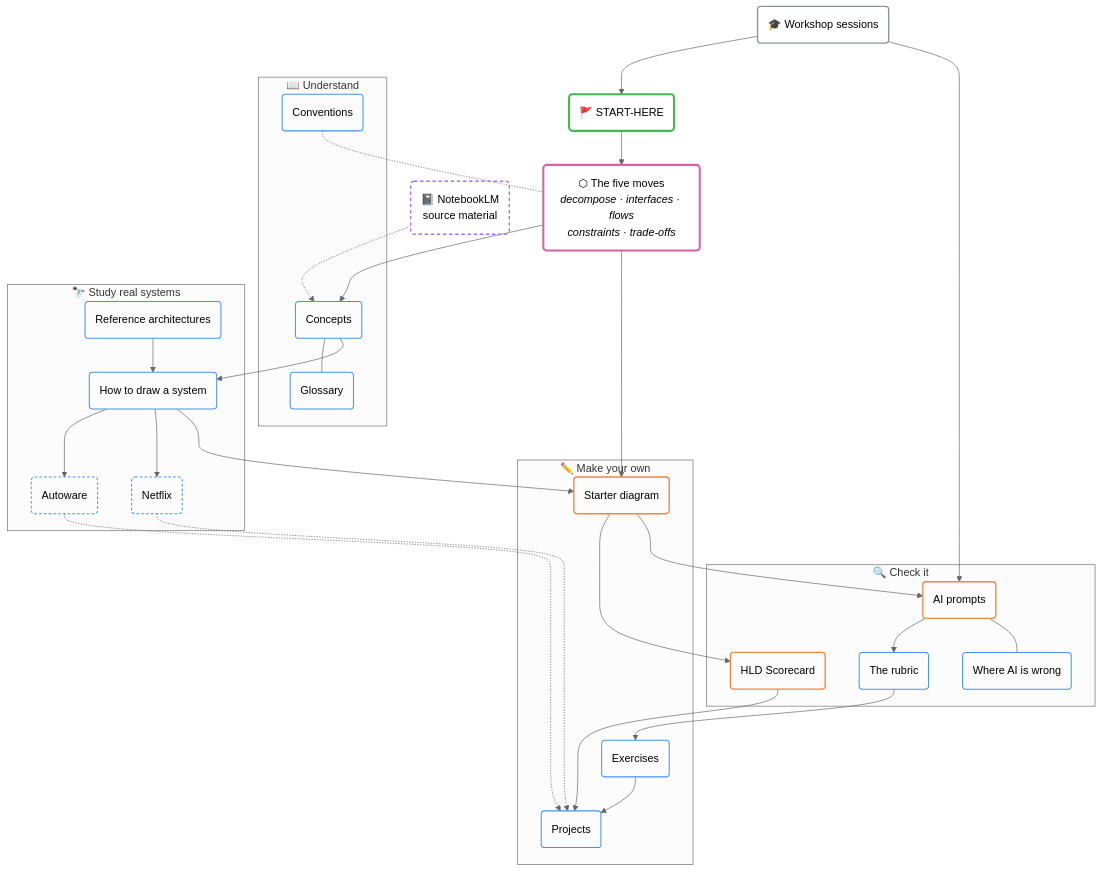
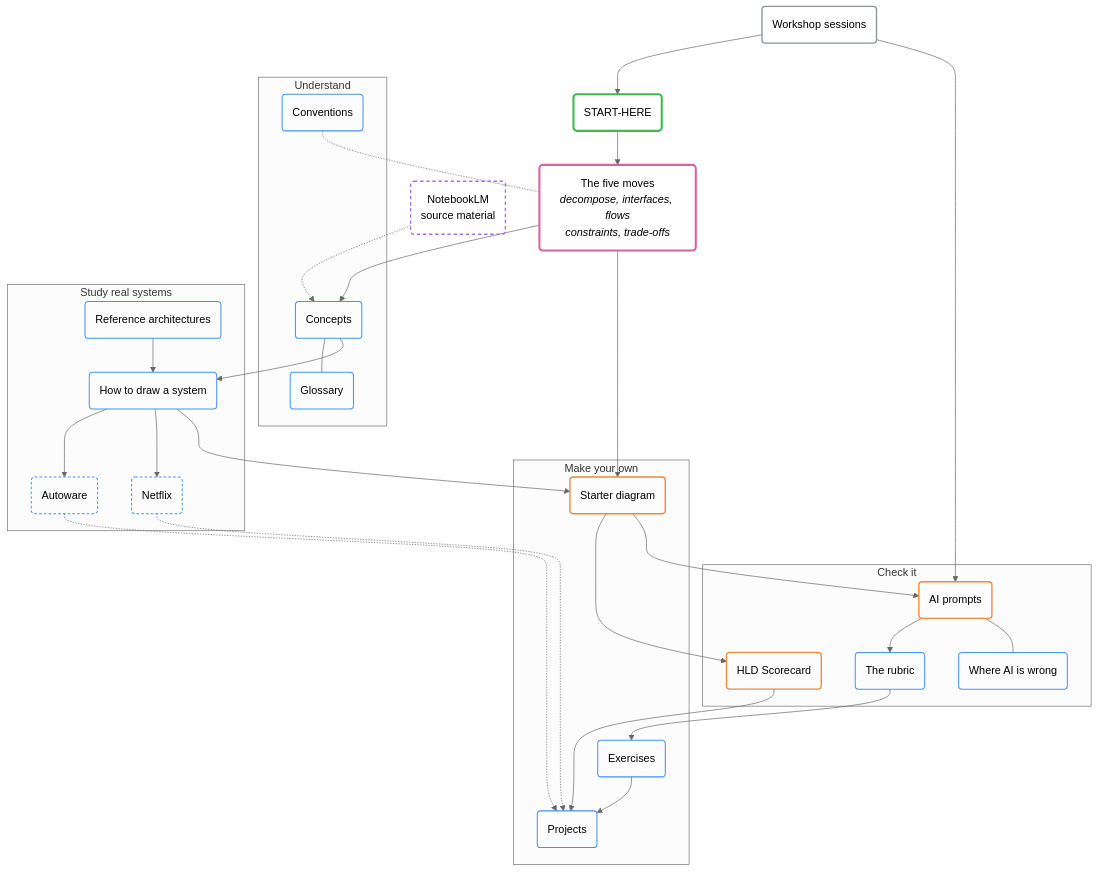
One commit to rithvin-us/Team-Asterix-System-Design-Notes changed the second of 2 diagrams in README.md. Above: the diagram before and after it, drawn with Mermaid (neutral theme).

First paragraph of the commit message:
Audit the repository from a clean clone; de-emoji the README graph
Verified against a fresh clone of the renamed remote rather than the working
tree, so nothing untracked or stale could pass.

````diff
--- a/README.md
+++ b/README.md
@@ -133,65 +133,65 @@
 ```mermaid
 flowchart TD
-    START("🚩 START-HERE"):::entry
-    METHOD("⬡ The five moves<br/><i>decompose · interfaces · flows<br/>constraints · trade-offs</i>"):::core
+    START("START-HERE"):::entry
+    METHOD("The five moves<br/><i>decompose, interfaces, flows<br/>constraints, trade-offs</i>"):::core
 
-    subgraph LEARN ["📖 Understand"]
+    subgraph LEARN ["Understand"]
         CONCEPTS("Concepts"):::n
         GLOSSARY("Glossary"):::n
         CONV("Conventions"):::n
     end
 
-    subgraph STUDY ["🔭 Study real systems"]
+    subgraph STUDY ["Study real systems"]
         HOWTO("How to draw a system"):::n
         REFS("Reference architectures"):::n
         AUTO("Autoware"):::leaf
         NFLX("Netflix"):::leaf
     end
 
-    subgraph MAKE ["✏️ Make your own"]
+    subgraph MAKE ["Make your own"]
         TMPL("Starter diagram"):::tool
         EXER("Exercises"):::n
         PROJ("Projects"):::n
     end
 
-    subgraph CHECK ["🔍 Check it"]
+    subgraph CHECK ["Check it"]
         PROMPTS("AI prompts"):::tool
         SCORE("HLD Scorecard"):::tool
         RUBRIC("The rubric"):::n
         AIWRONG("Where AI is wrong"):::n
     end
 
-    NB("📓 NotebookLM<br/>source material"):::ext
-    WS("🎓 Workshop sessions"):::ws
+    NB("NotebookLM<br/>source material"):::ext
+    WS("Workshop sessions"):::ws
 
     START --> METHOD
     METHOD --> CONCEPTS
     METHOD --> TMPL
     CONCEPTS --- GLOSSARY
     CONCEPTS --> HOWTO
     REFS --> HOWTO
     HOWTO --> AUTO
     HOWTO --> NFLX
     HOWTO --> TMPL
     TMPL --> SCORE
     TMPL --> PROMPTS
     PROMPTS --> RUBRIC
     PROMPTS --- AIWRONG
     SCORE --> PROJ
     RUBRIC --> EXER
     EXER --> PROJ
     AUTO -.-> PROJ
     NFLX -.-> PROJ
     NB -.-> CONCEPTS
     WS --> START
     WS --> PROMPTS
     CONV -.- METHOD
 
     classDef entry stroke:#3fb950,stroke-width:3px,fill:transparent
     classDef core stroke:#db61a2,stroke-width:3px,fill:transparent
     classDef n stroke:#4493f8,stroke-width:1.5px,fill:transparent
     classDef leaf stroke:#4493f8,stroke-width:1.5px,stroke-dasharray:4 3,fill:transparent
     classDef tool stroke:#f0883e,stroke-width:2px,fill:transparent
     classDef ext stroke:#a371f7,stroke-width:2px,stroke-dasharray:5 4,fill:transparent
     classDef ws stroke:#8b949e,stroke-width:2px,fill:transparent
 ```
````
